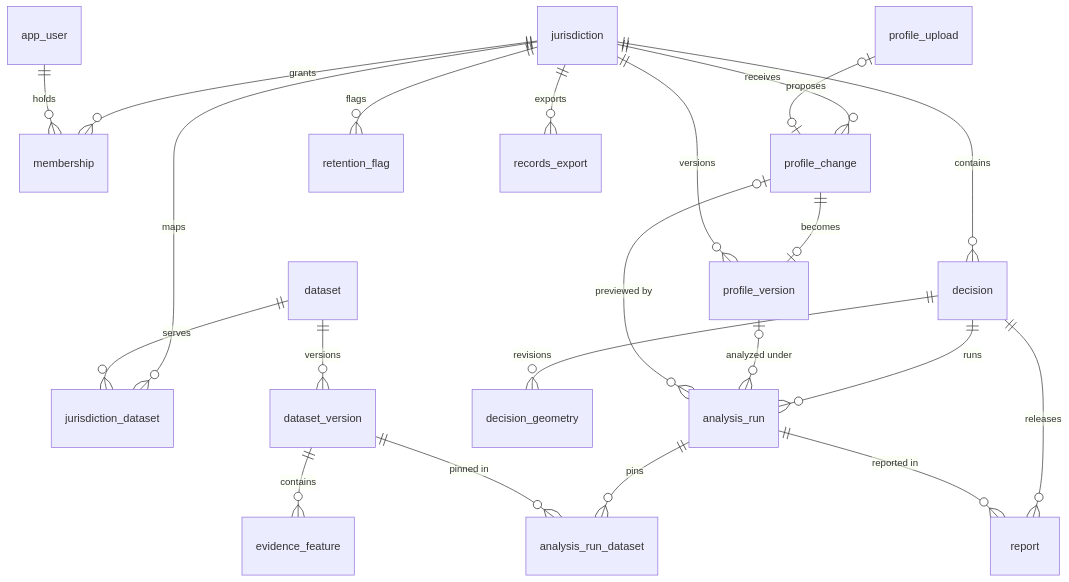
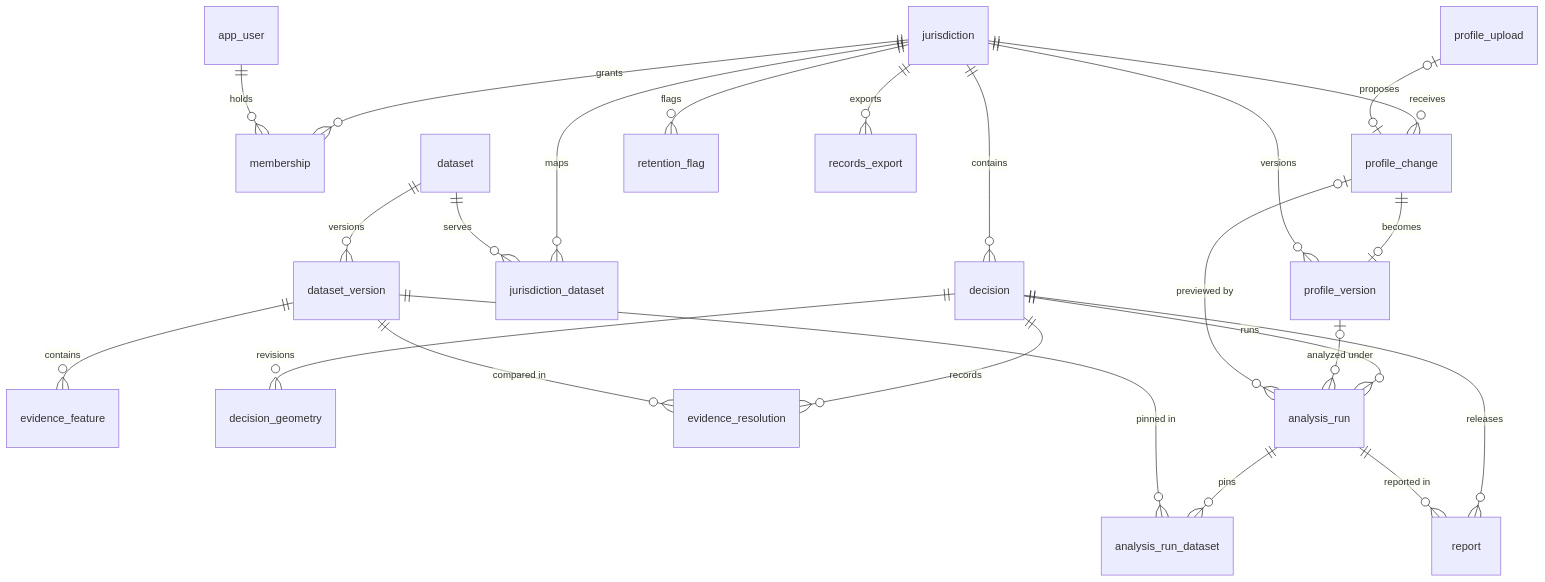
The diagram in TechDesign/data-model.md (Aru27-byte/UPlan), drawn with Mermaid before and after one commit. The commit also changed other lines of this file and 21 other files, not shown here.

First line of the commit message:
Spec the ecological workflow UX: study scoping, decision overview, evidence review

````diff
--- a/TechDesign/data-model.md
+++ b/TechDesign/data-model.md
@@ -22,24 +22,26 @@
 ```mermaid
 erDiagram
   jurisdiction ||--o{ membership : "grants"
   app_user ||--o{ membership : "holds"
   jurisdiction ||--o{ profile_change : "receives"
   profile_upload |o--o| profile_change : "proposes"
   profile_change ||--o| profile_version : "becomes"
   jurisdiction ||--o{ profile_version : "versions"
   jurisdiction ||--o{ jurisdiction_dataset : "maps"
   dataset ||--o{ jurisdiction_dataset : "serves"
   dataset ||--o{ dataset_version : "versions"
   dataset_version ||--o{ evidence_feature : "contains"
   jurisdiction ||--o{ decision : "contains"
   decision ||--o{ decision_geometry : "revisions"
+  decision ||--o{ evidence_resolution : "records"
+  dataset_version ||--o{ evidence_resolution : "compared in"
   decision ||--o{ analysis_run : "runs"
   profile_version |o--o{ analysis_run : "analyzed under"
   profile_change |o--o{ analysis_run : "previewed by"
   analysis_run ||--o{ analysis_run_dataset : "pins"
   dataset_version ||--o{ analysis_run_dataset : "pinned in"
   decision ||--o{ report : "releases"
   analysis_run ||--o{ report : "reported in"
   jurisdiction ||--o{ retention_flag : "flags"
   jurisdiction ||--o{ records_export : "exports"
 ```
````
